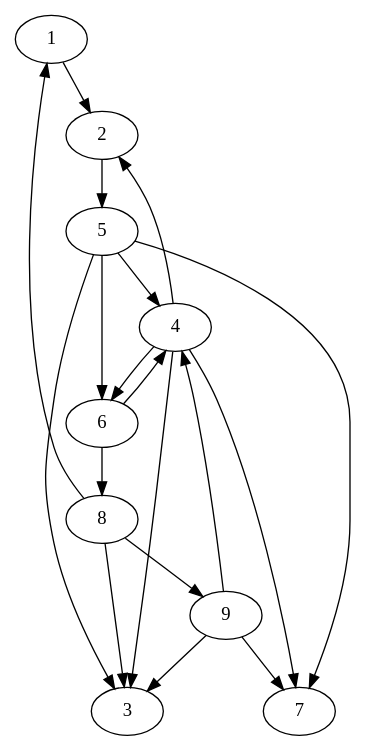
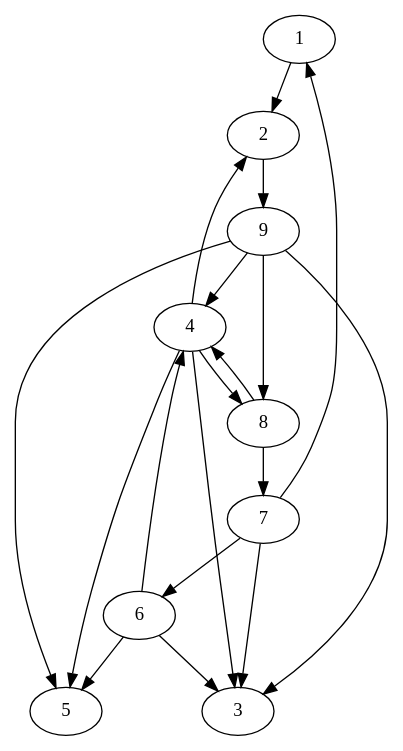
The diagram in expected/codewords.dot (lifelike/gamebookformat), drawn with Graphviz before and after one commit. The commit also changed 26 other files, not shown here.

```diff
--- a/expected/codewords.dot
+++ b/expected/codewords.dot
@@ -1,32 +1,32 @@
 digraph gamebook {
 
  1->2
-2->5
+2->9
 4->2
 
+4->5
+
+4->8
+
 4->3
-
-4->6
-
-4->7
-5->7
-
-5->4
-
-5->6
-
-5->3
 6->4
 
-6->8
-8->9
+6->3
 
-8->1
+6->5
+7->6
 
-8->3
+7->3
+
+7->1
+8->4
+
+8->7
 9->3
 
-9->7
+9->8
+
+9->5
 
 9->4
 }
```
